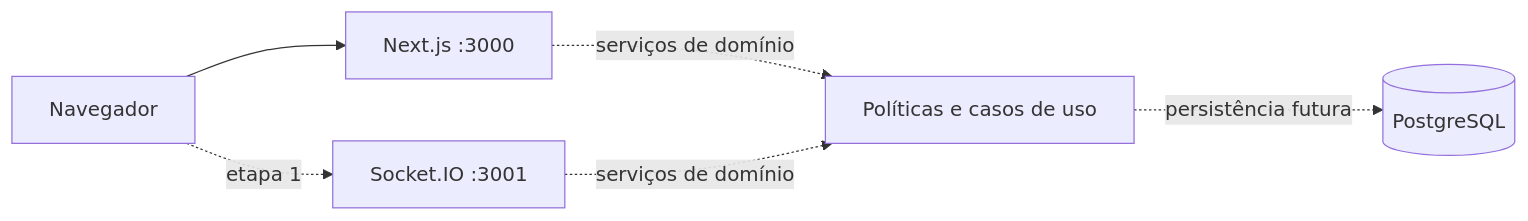
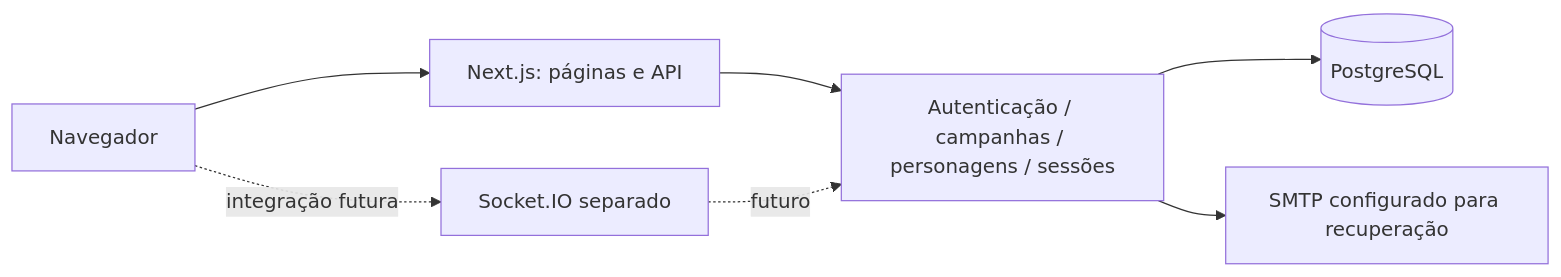
One commit to Luca4Fiori/CyberTaverna---Dungeons-and-Dragons changed the diagram in docs/ARQUITETURA.md. Above: the diagram before and after it, drawn with Mermaid. The commit also changed other lines of this file and 36 other files, not shown here.

````diff
--- a/docs/ARQUITETURA.md
+++ b/docs/ARQUITETURA.md
@@ -7,8 +7,9 @@
 ```mermaid
 flowchart LR
-  Navegador --> Web[Next.js :3000]
-  Navegador -. etapa 1 .-> RT[Socket.IO :3001]
-  Web -. serviços de domínio .-> Domain[Políticas e casos de uso]
-  RT -. serviços de domínio .-> Domain
-  Domain -. persistência futura .-> DB[(PostgreSQL)]
+ Navegador --> Web[Next.js: páginas e API]
+ Web --> Dominio[Autenticação / campanhas / personagens / sessões]
+ Dominio --> Banco[(PostgreSQL)]
+ Dominio --> SMTP[SMTP configurado para recuperação]
+ Navegador -. integração futura .-> RT[Socket.IO separado]
+ RT -. futuro .-> Dominio
 ```
````
